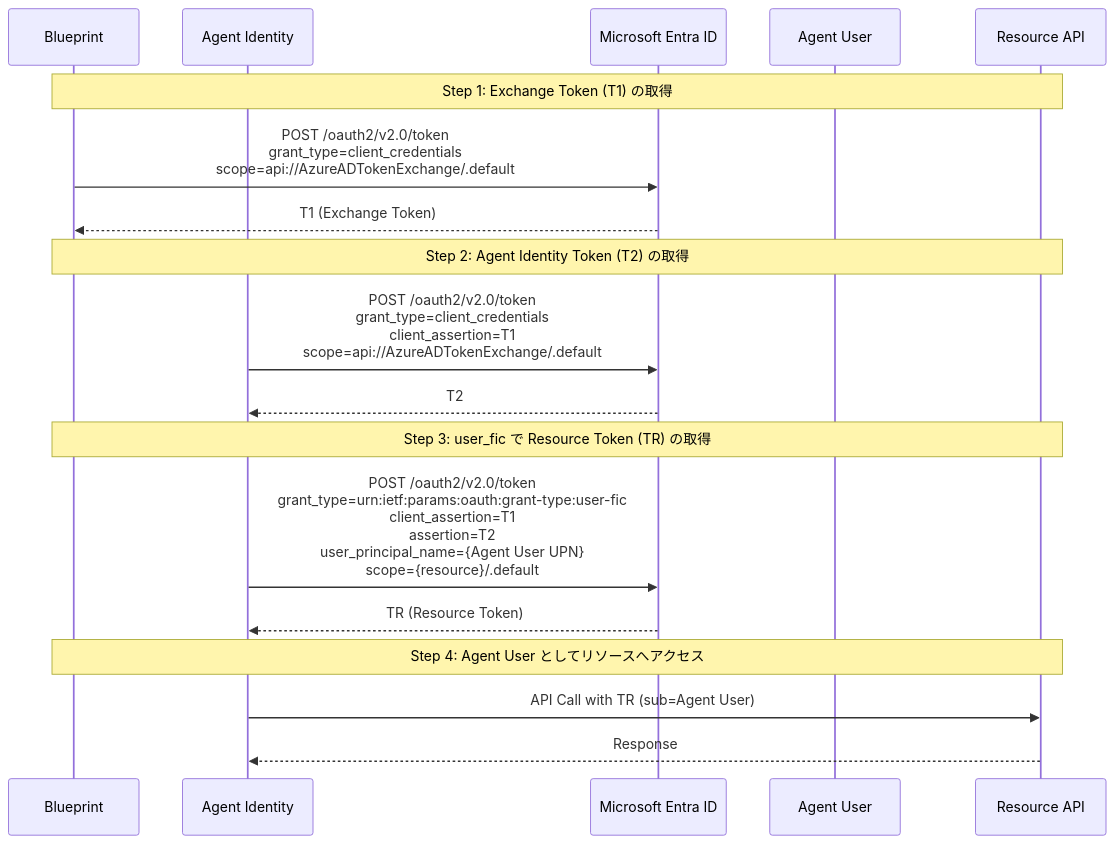
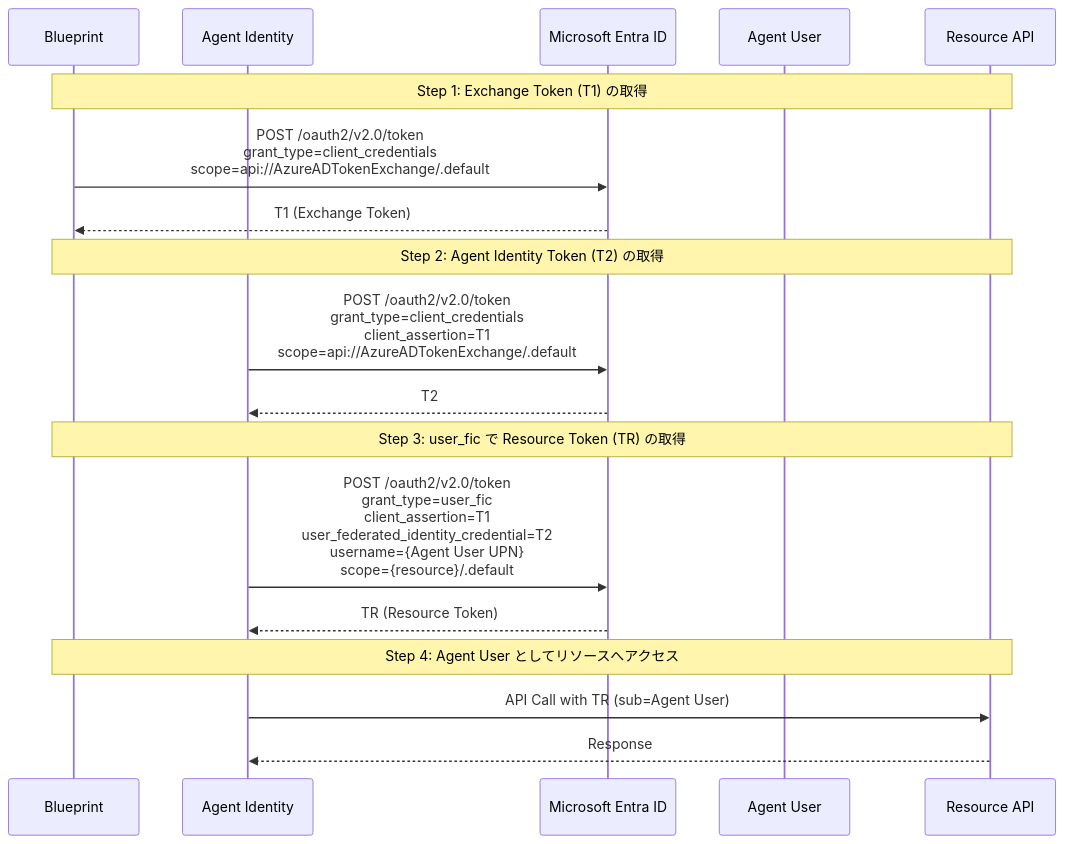
The third of 3 diagrams in MicrosoftAgentID/README.md (shmiki-microsoft/REST-Client-for-Visual-Studio-Code---Example-requests-for-Azure-REST-API-and-Microsoft-Graph-API), drawn with Mermaid before and after one commit. The commit also changed other lines of this file and 5 other files, not shown here.

Commit message:
Graph API エンドポイントを v1.0 から beta に変更し、README.md でのファイル名を更新

````diff
--- a/MicrosoftAgentID/README.md
+++ b/MicrosoftAgentID/README.md
@@ -240,24 +240,24 @@
 ```mermaid
 sequenceDiagram
     participant B as Blueprint
     participant AI as Agent Identity
     participant Entra as Microsoft Entra ID
     participant AU as Agent User
     participant R as Resource API
 
     Note over B,R: Step 1: Exchange Token (T1) の取得
     B->>Entra: POST /oauth2/v2.0/token<br/>grant_type=client_credentials<br/>scope=api://AzureADTokenExchange/.default
     Entra-->>B: T1 (Exchange Token)
 
     Note over B,R: Step 2: Agent Identity Token (T2) の取得
     AI->>Entra: POST /oauth2/v2.0/token<br/>grant_type=client_credentials<br/>client_assertion=T1<br/>scope=api://AzureADTokenExchange/.default
     Entra-->>AI: T2
 
     Note over B,R: Step 3: user_fic で Resource Token (TR) の取得
-    AI->>Entra: POST /oauth2/v2.0/token<br/>grant_type=urn:ietf:params:oauth:grant-type:user-fic<br/>client_assertion=T1<br/>assertion=T2<br/>user_principal_name={Agent User UPN}<br/>scope={resource}/.default
+    AI->>Entra: POST /oauth2/v2.0/token<br/>grant_type=user_fic<br/>client_assertion=T1<br/>user_federated_identity_credential=T2<br/>username={Agent User UPN}<br/>scope={resource}/.default
     Entra-->>AI: TR (Resource Token)
 
     Note over B,R: Step 4: Agent User としてリソースへアクセス
     AI->>R: API Call with TR (sub=Agent User)
     R-->>AI: Response
 ```
````
